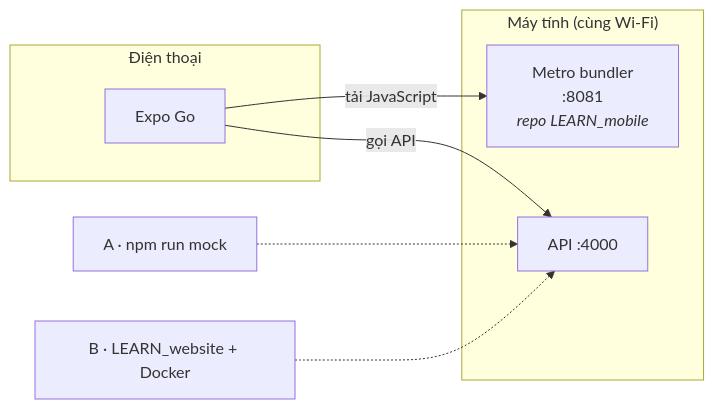
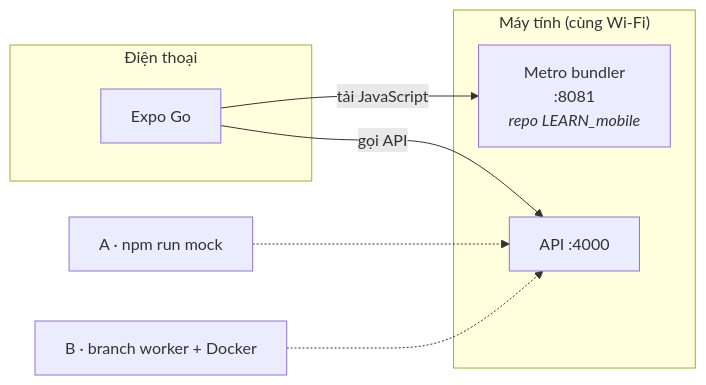
Before and after one commit to TrKimHieu/LEARN_mobile: the diagram in docs/getting-started.md, drawn with Mermaid. The commit also changed other lines of this file and 53 other files, not shown here.

````diff
--- a/docs/getting-started.md
+++ b/docs/getting-started.md
@@ -28,14 +28,14 @@
 ```mermaid
 flowchart LR
     subgraph PHONE["Điện thoại"]
         GO["Expo Go"]
     end
     subgraph PC["Máy tính (cùng Wi‑Fi)"]
         METRO["Metro bundler<br/>:8081<br/><i>repo LEARN_mobile</i>"]
         API["API :4000"]
     end
     GO -- "tải JavaScript" --> METRO
     GO -- "gọi API" --> API
     MOCK["A · npm run mock"] -.-> API
-    REAL["B · LEARN_website + Docker"] -.-> API
+    REAL["B · branch worker + Docker"] -.-> API
 ```
````
